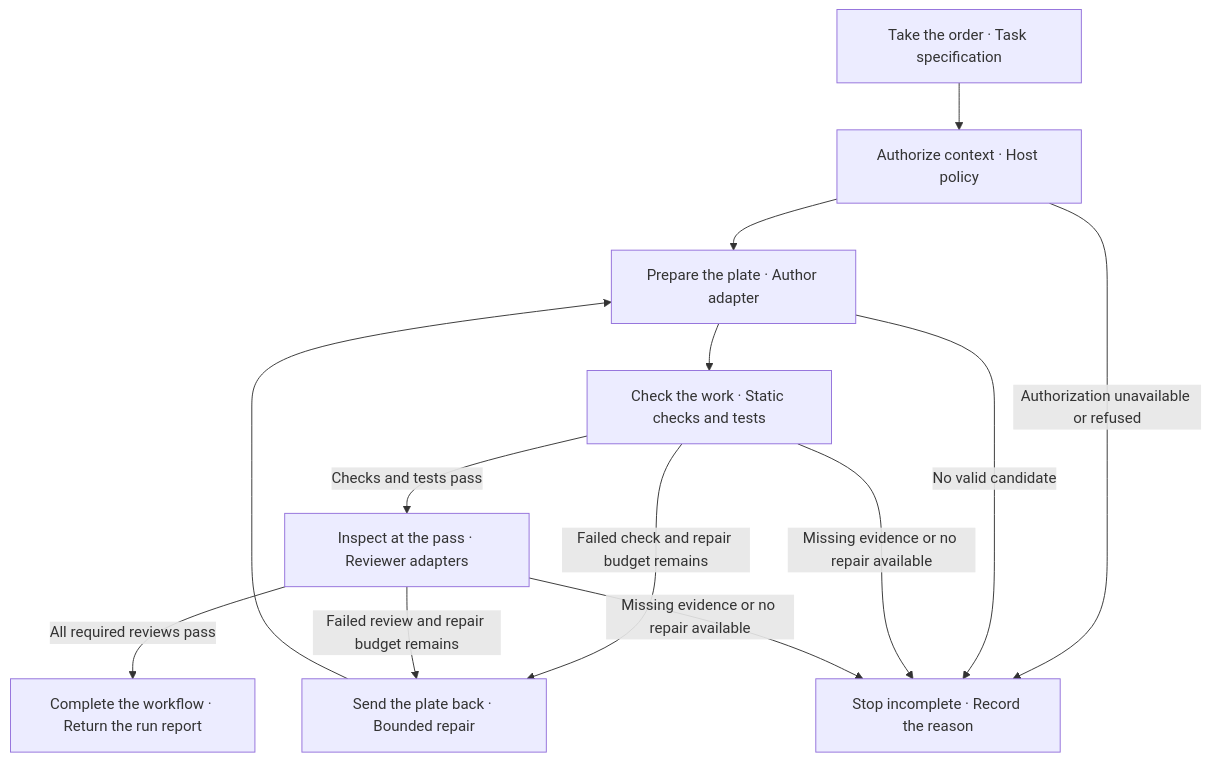
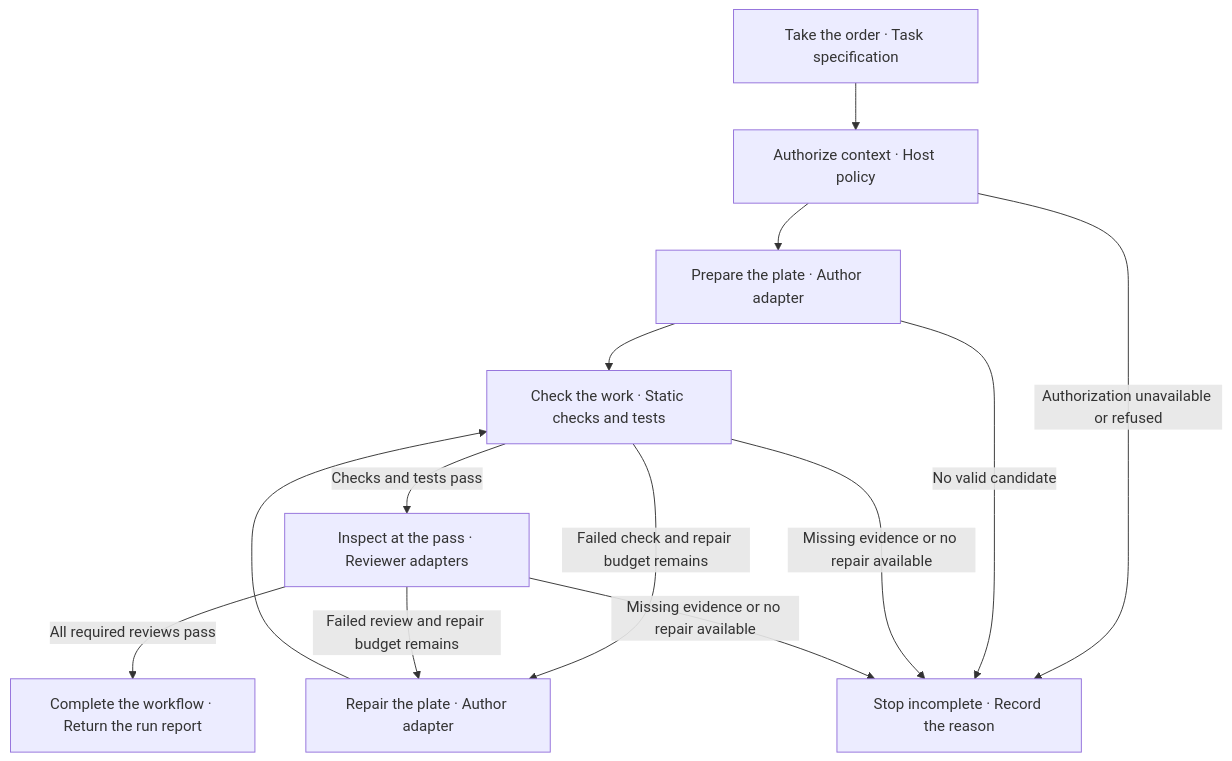
Before and after one commit to louiscalata/nisi: the diagram in docs/README-draft.md, drawn with Mermaid. The commit also changed other lines of this file and 27 other files, not shown here.

````diff
--- a/docs/README-draft.md
+++ b/docs/README-draft.md
@@ -47,23 +107,23 @@
 ```mermaid
 flowchart TD
     order["Take the order · Task specification"]
     ingredients["Authorize context · Host policy"]
     cook["Prepare the plate · Author adapter"]
     checks["Check the work · Static checks and tests"]
     pass["Inspect at the pass · Reviewer adapters"]
     accept["Complete the workflow · Return the run report"]
-    repair["Send the plate back · Bounded repair"]
+    repair["Repair the plate · Author adapter"]
     stop["Stop incomplete · Record the reason"]
     order --> ingredients
     ingredients --> cook
     ingredients -->|Authorization unavailable or refused| stop
     cook --> checks
     cook -->|No valid candidate| stop
     checks -->|Checks and tests pass| pass
     checks -->|Failed check and repair budget remains| repair
     checks -->|Missing evidence or no repair available| stop
     pass -->|All required reviews pass| accept
     pass -->|Failed review and repair budget remains| repair
     pass -->|Missing evidence or no repair available| stop
-    repair --> cook
+    repair --> checks
 ```
````
